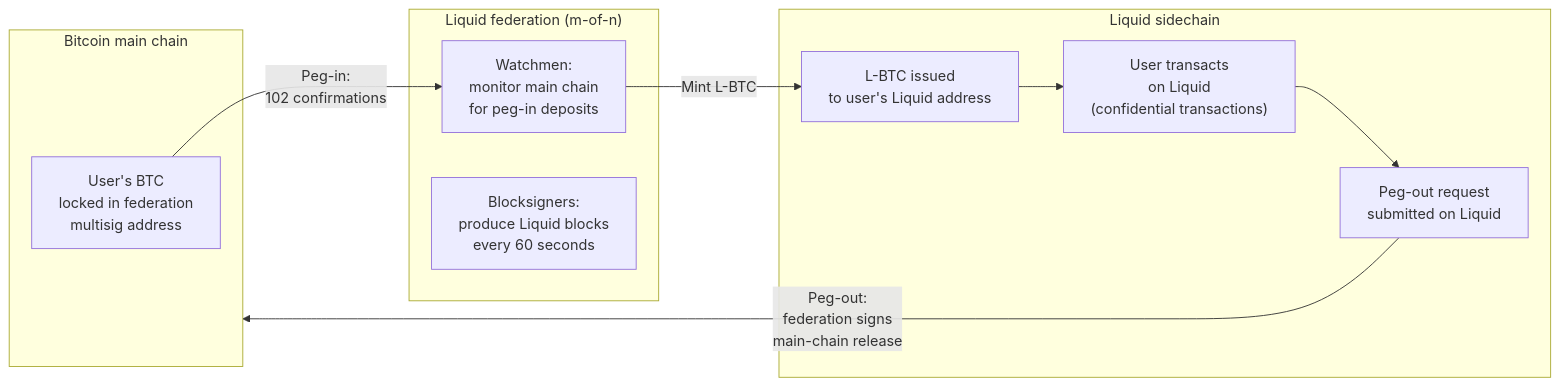
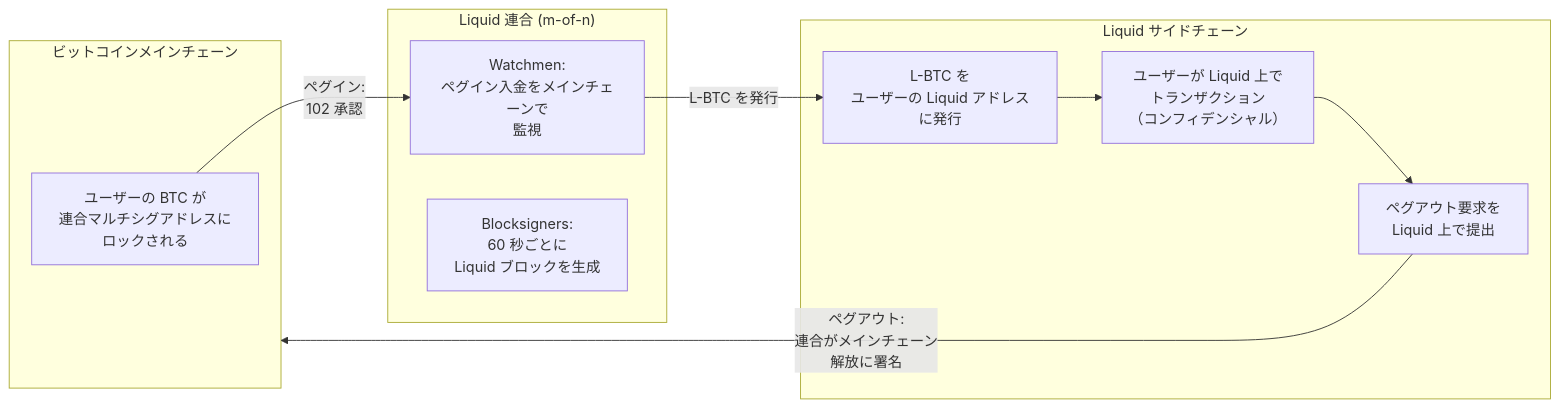
One commit to cypher256/BitcoinArchive changed the fourth of 6 diagrams in src/data/translations/ja/design/2009-01-03-bitcoin-ecosystem-design.md. Above: the diagram before and after it, drawn with Mermaid. The commit also changed other lines of this file and 11 other files, not shown here.

````diff
--- a/src/data/translations/ja/design/2009-01-03-bitcoin-ecosystem-design.md
+++ b/src/data/translations/ja/design/2009-01-03-bitcoin-ecosystem-design.md
@@ -167,23 +167,23 @@
 ```mermaid
 flowchart LR
-    subgraph MAIN["Bitcoin main chain"]
-        UTXO_LOCK["User's BTC<br/>locked in federation<br/>multisig address"]
+    subgraph MAIN["ビットコインメインチェーン"]
+        UTXO_LOCK["ユーザーの BTC が<br/>連合マルチシグアドレスに<br/>ロックされる"]
     end
 
-    subgraph FEDERATION["Liquid federation (m-of-n)"]
-        WATCH["Watchmen:<br/>monitor main chain<br/>for peg-in deposits"]
-        SIGN["Blocksigners:<br/>produce Liquid blocks<br/>every 60 seconds"]
+    subgraph FEDERATION["Liquid 連合 (m-of-n)"]
+        WATCH["Watchmen:<br/>ペグイン入金をメインチェーンで<br/>監視"]
+        SIGN["Blocksigners:<br/>60 秒ごとに<br/>Liquid ブロックを生成"]
     end
 
-    subgraph LIQUID["Liquid sidechain"]
-        LBTC["L-BTC issued<br/>to user's Liquid address"]
-        TX["User transacts<br/>on Liquid<br/>(confidential transactions)"]
-        PEGOUT["Peg-out request<br/>submitted on Liquid"]
+    subgraph LIQUID["Liquid サイドチェーン"]
+        LBTC["L-BTC を<br/>ユーザーの Liquid アドレスに発行"]
+        TX["ユーザーが Liquid 上で<br/>トランザクション<br/>（コンフィデンシャル）"]
+        PEGOUT["ペグアウト要求を<br/>Liquid 上で提出"]
     end
 
-    UTXO_LOCK -- "Peg-in:<br/>102 confirmations" --> WATCH
-    WATCH -- "Mint L-BTC" --> LBTC
+    UTXO_LOCK -- "ペグイン:<br/>102 承認" --> WATCH
+    WATCH -- "L-BTC を発行" --> LBTC
     LBTC --> TX
     TX --> PEGOUT
-    PEGOUT -- "Peg-out:<br/>federation signs<br/>main-chain release" --> MAIN
+    PEGOUT -- "ペグアウト:<br/>連合がメインチェーン<br/>解放に署名" --> MAIN
 ```
````
